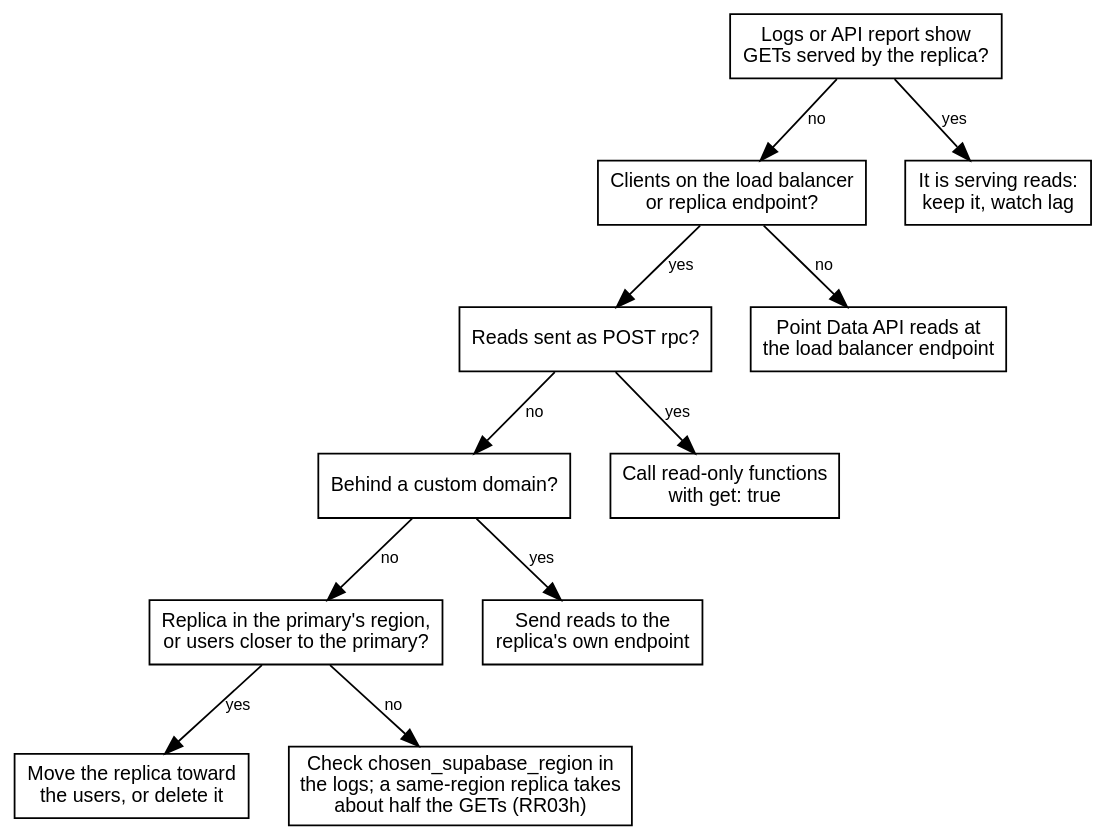
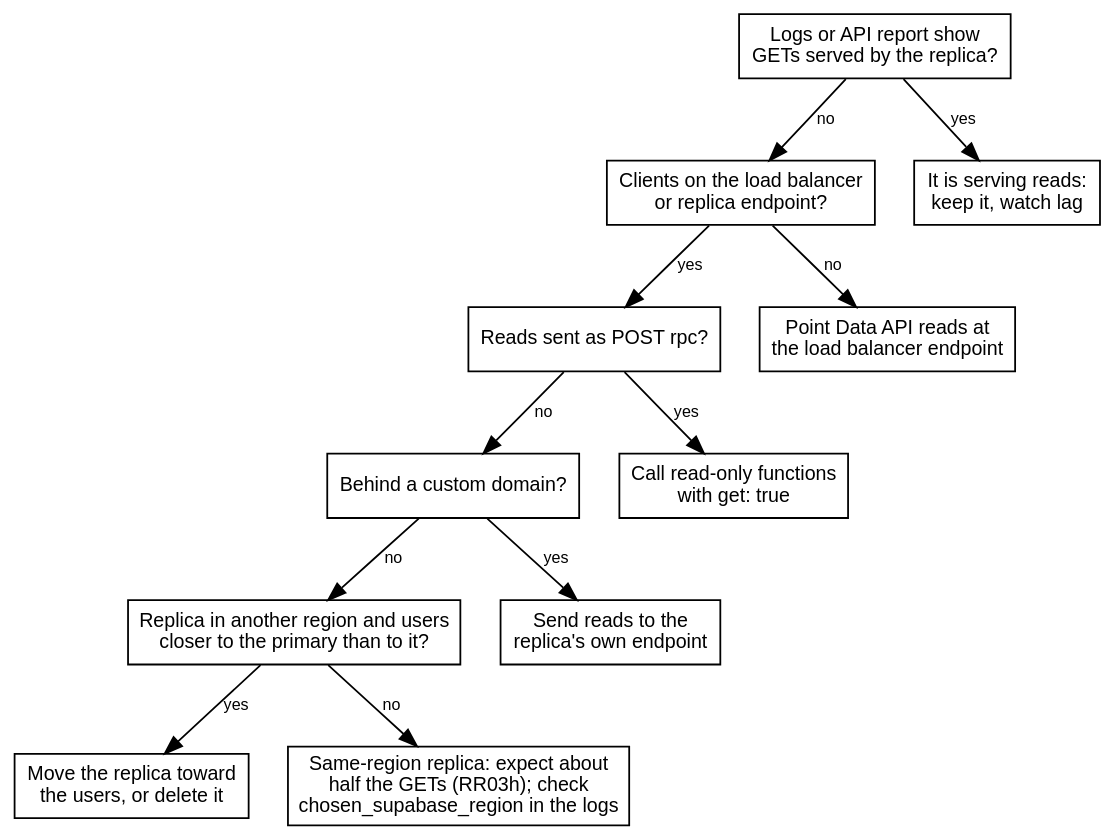
One commit to erfianugrah/lexicanum changed the first of 2 diagrams in src/content/docs/reference/supabase-read-replicas.mdx. Above: the diagram before and after it, drawn with Graphviz. The commit also changed other lines of this file and 6 other files, not shown here.

````diff
--- a/src/content/docs/reference/supabase-read-replicas.mdx
+++ b/src/content/docs/reference/supabase-read-replicas.mdx
@@ -43,31 +43,31 @@
 ```dot
 digraph {
   rankdir=TB; bgcolor="transparent"; nodesep=0.3; ranksep=0.5;
   fontname="Helvetica,Arial,sans-serif";
   node [fontname="Helvetica,Arial,sans-serif", fontsize=11, shape=box];
   edge [fontname="Helvetica,Arial,sans-serif", fontsize=9];
 
   q1 [label="Logs or API report show\nGETs served by the replica?"];
   q2 [label="Clients on the load balancer\nor replica endpoint?"];
   q3 [label="Reads sent as POST rpc?"];
   q4 [label="Behind a custom domain?"];
-  q5 [label="Replica in the primary's region,\nor users closer to the primary?"];
+  q5 [label="Replica in another region and users\ncloser to the primary than to it?"];
   ok [label="It is serving reads:\nkeep it, watch lag"];
   a2 [label="Point Data API reads at\nthe load balancer endpoint"];
   a3 [label="Call read-only functions\nwith get: true"];
   a4 [label="Send reads to the\nreplica's own endpoint"];
   a5 [label="Move the replica toward\nthe users, or delete it"];
-  a6 [label="Check chosen_supabase_region in\nthe logs; a same-region replica takes\nabout half the GETs (RR03h)"];
+  a6 [label="Same-region replica: expect about\nhalf the GETs (RR03h); check\nchosen_supabase_region in the logs"];
 
   q1 -> ok [label="yes"];
   q1 -> q2 [label="no"];
   q2 -> a2 [label="no"];
   q2 -> q3 [label="yes"];
   q3 -> a3 [label="yes"];
   q3 -> q4 [label="no"];
   q4 -> a4 [label="yes"];
   q4 -> q5 [label="no"];
   q5 -> a5 [label="yes"];
   q5 -> a6 [label="no"];
 }
 ```
````
